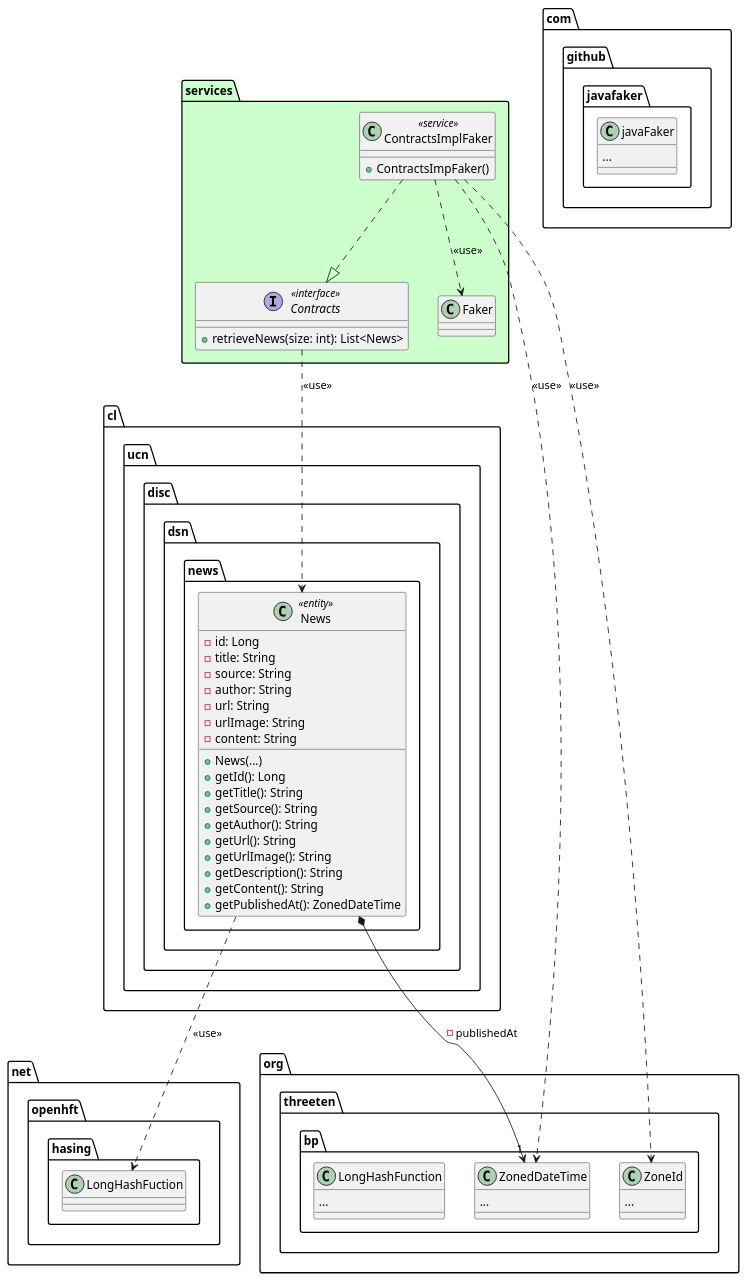
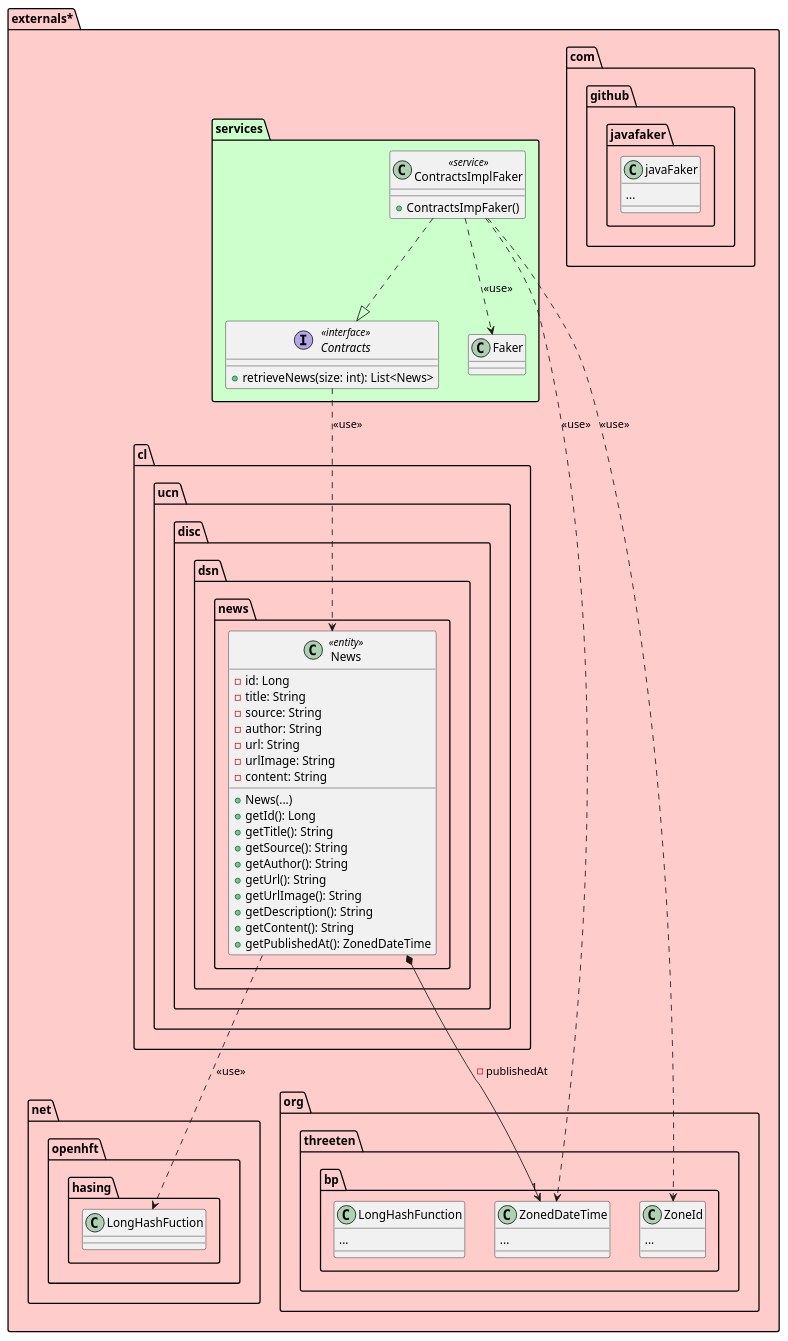
Before and after one commit to PabloY2K/TheNewsDSM: the diagram in README.md, drawn with PlantUML. The commit also changed 5 other files, not shown here.

````diff
--- a/README.md
+++ b/README.md
@@ -6,70 +6,72 @@
 ```puml
 @startuml
+package externals* #ffcccc{
 package org.threeten.bp {
     class ZonedDateTime {
             ...
         }
         
         class ZoneId{
             ...
         }
         class LongHashFunction {
             ...
             
         }
      }
      package com.github.javafaker {
      class javaFaker{
      ...
      }
    
    }
+   
     
     
 
 package net.openhft.hasing {
 class LongHashFuction {
 }
 }
 
 package cl.ucn.disc.dsn.news {
 
         class News <<entity>> {
         - id: Long
         - title: String
         - source: String
         - author: String
         - url: String
         - urlImage: String
         - content: String
         +News(...)
         +getId(): Long
         +getTitle(): String
         +getSource(): String
         +getAuthor(): String
         +getUrl(): String
         +getUrlImage(): String
         +getDescription(): String
         +getContent(): String
         +getPublishedAt(): ZonedDateTime
         }
         News *--> "1" ZonedDateTime : -publishedAt
         News ..> LongHashFuction: <<use>>
     }
      package services #ccffcc {
     interface Contracts <<interface>> {
         + retrieveNews(size: int): List<News>
     }
     Contracts ..> News: <<use>>
     class ContractsImplFaker <<service>> {
     + ContractsImpFaker()
     
     }
     ContractsImplFaker ..|> Contracts
     ContractsImplFaker ..> ZonedDateTime : <<use>>
     ContractsImplFaker ..> ZoneId : <<use>>
     ContractsImplFaker ..> Faker : <<use>>
     }
 }
 @enduml
 ```
````
